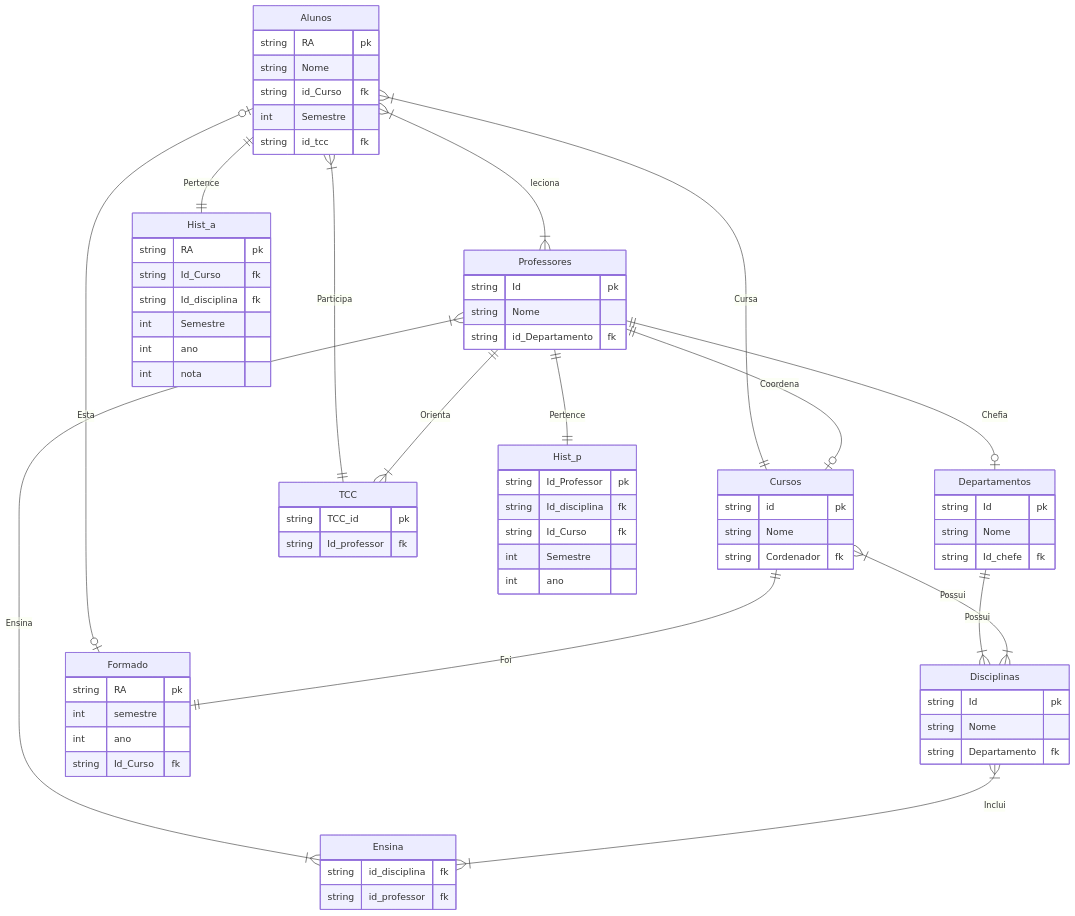
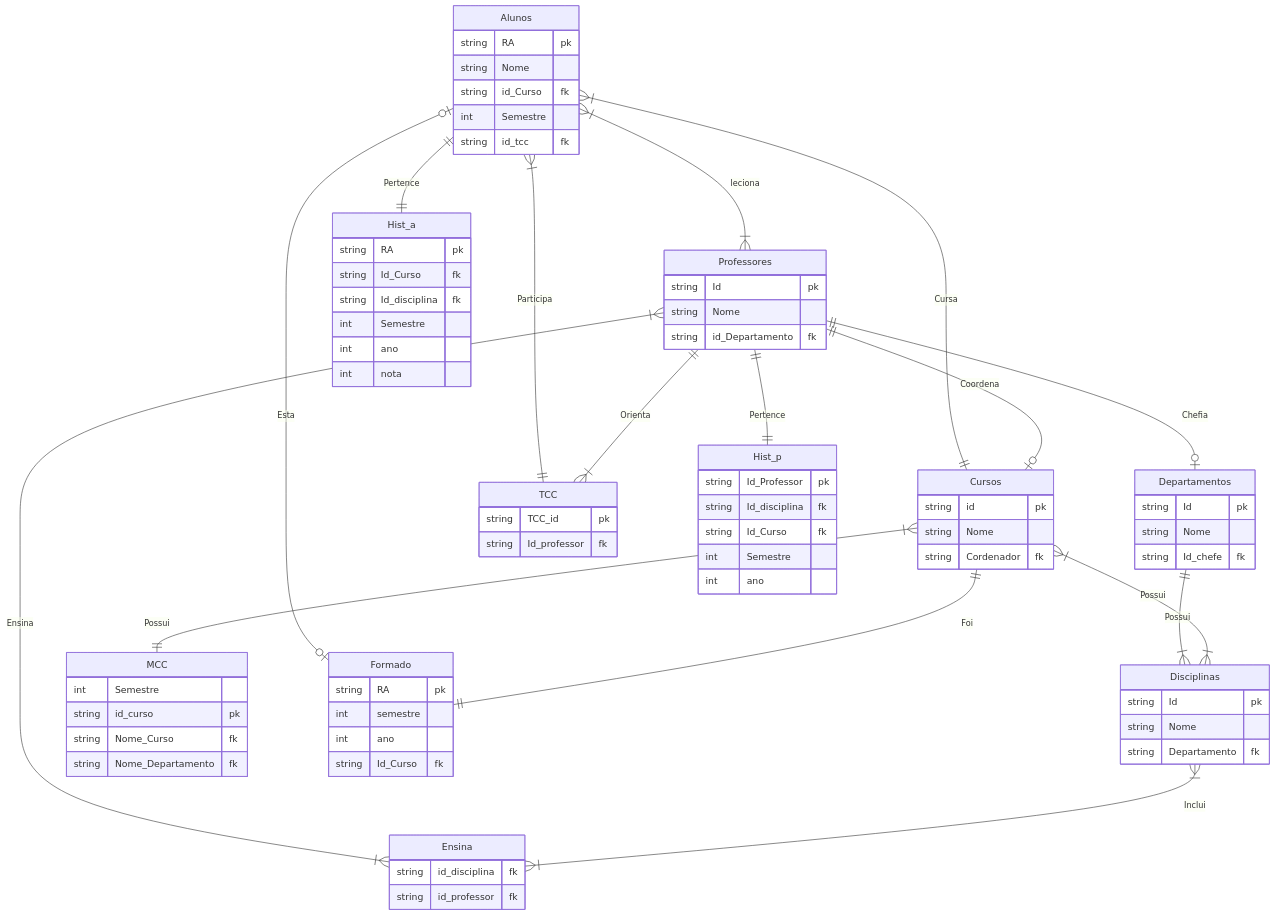
One commit to LucasRezendeSimoes/ProjetoDB changed the diagram in Tabelas.md. Above: the diagram before and after it, drawn with Mermaid.

```diff
--- a/Tabelas.md
+++ b/Tabelas.md
@@ -30,6 +30,12 @@
     TCC {
         string TCC_id pk
         string Id_professor fk
+    }
+    MCC {
+        int Semestre
+        string id_curso pk
+        string Nome_Curso fk
+        string Nome_Departamento fk
     }
     Hist_a {
         string RA pk
@@ -72,6 +78,7 @@
 
     
     Cursos ||--|| Formado : Foi
+    Cursos }|--|| MCC : Possui
 
     Departamentos ||--|{ Disciplinas : Possui
     Cursos }|--|{ Disciplinas : Possui
```
